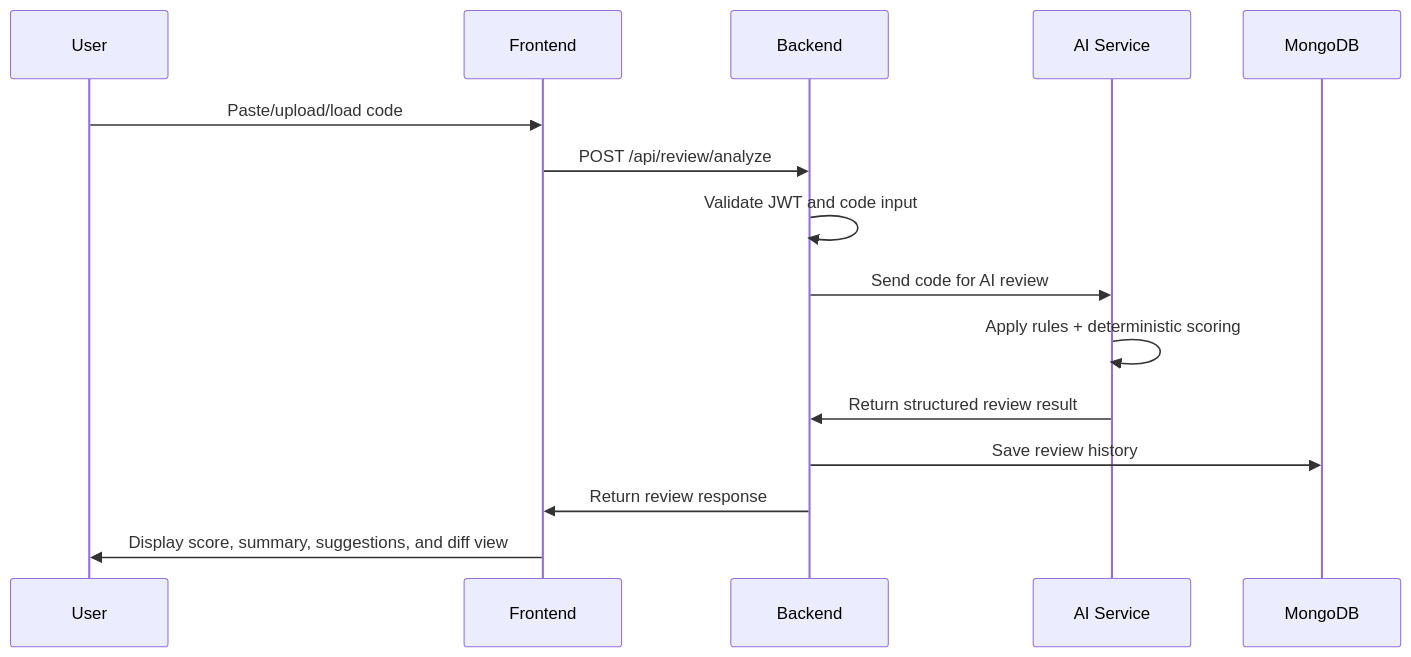
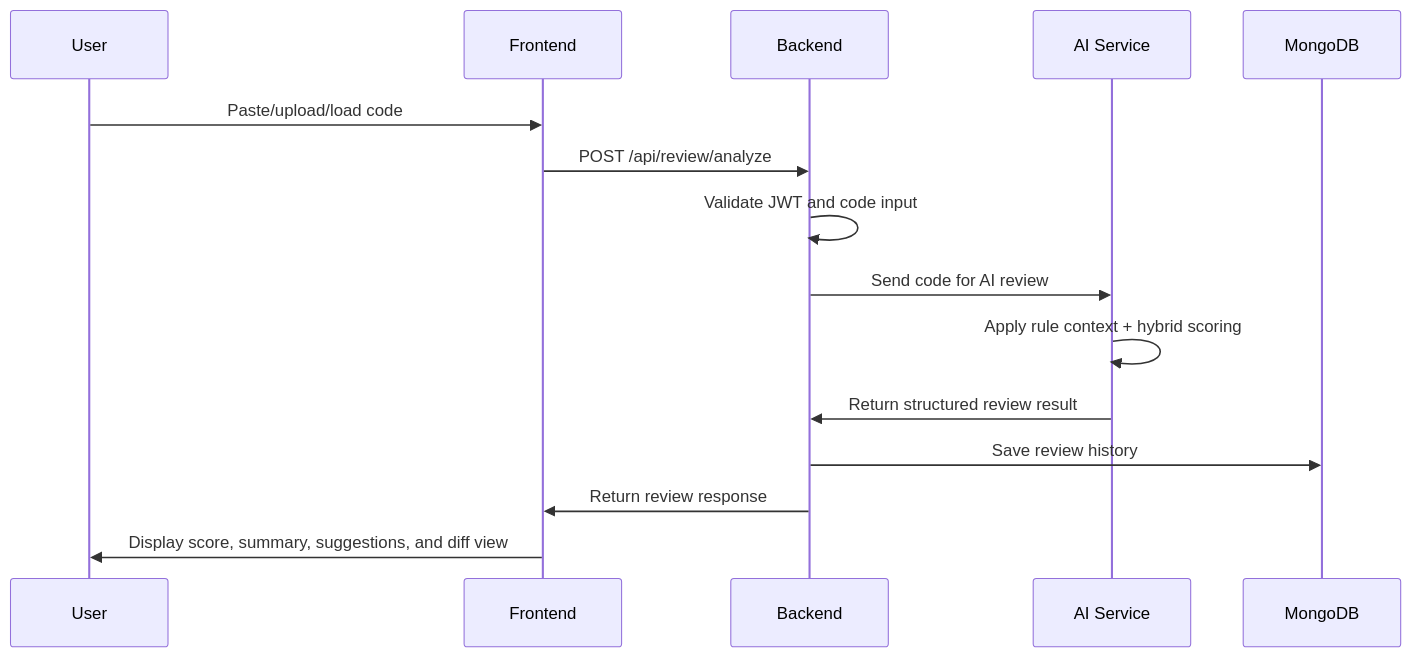
One commit to Basit07861/Meridian changed the second of 4 diagrams in README.md. Above: the diagram before and after it, drawn with Mermaid. The commit also changed other lines of this file, not shown here.

````diff
--- a/README.md
+++ b/README.md
@@ -158,18 +253,18 @@
 ```mermaid
 sequenceDiagram
     participant U as User
     participant F as Frontend
     participant B as Backend
     participant A as AI Service
     participant DB as MongoDB
 
     U->>F: Paste/upload/load code
     F->>B: POST /api/review/analyze
     B->>B: Validate JWT and code input
     B->>A: Send code for AI review
-    A->>A: Apply rules + deterministic scoring
+    A->>A: Apply rule context + hybrid scoring
     A->>B: Return structured review result
     B->>DB: Save review history
     B->>F: Return review response
     F->>U: Display score, summary, suggestions, and diff view
 ```
````
